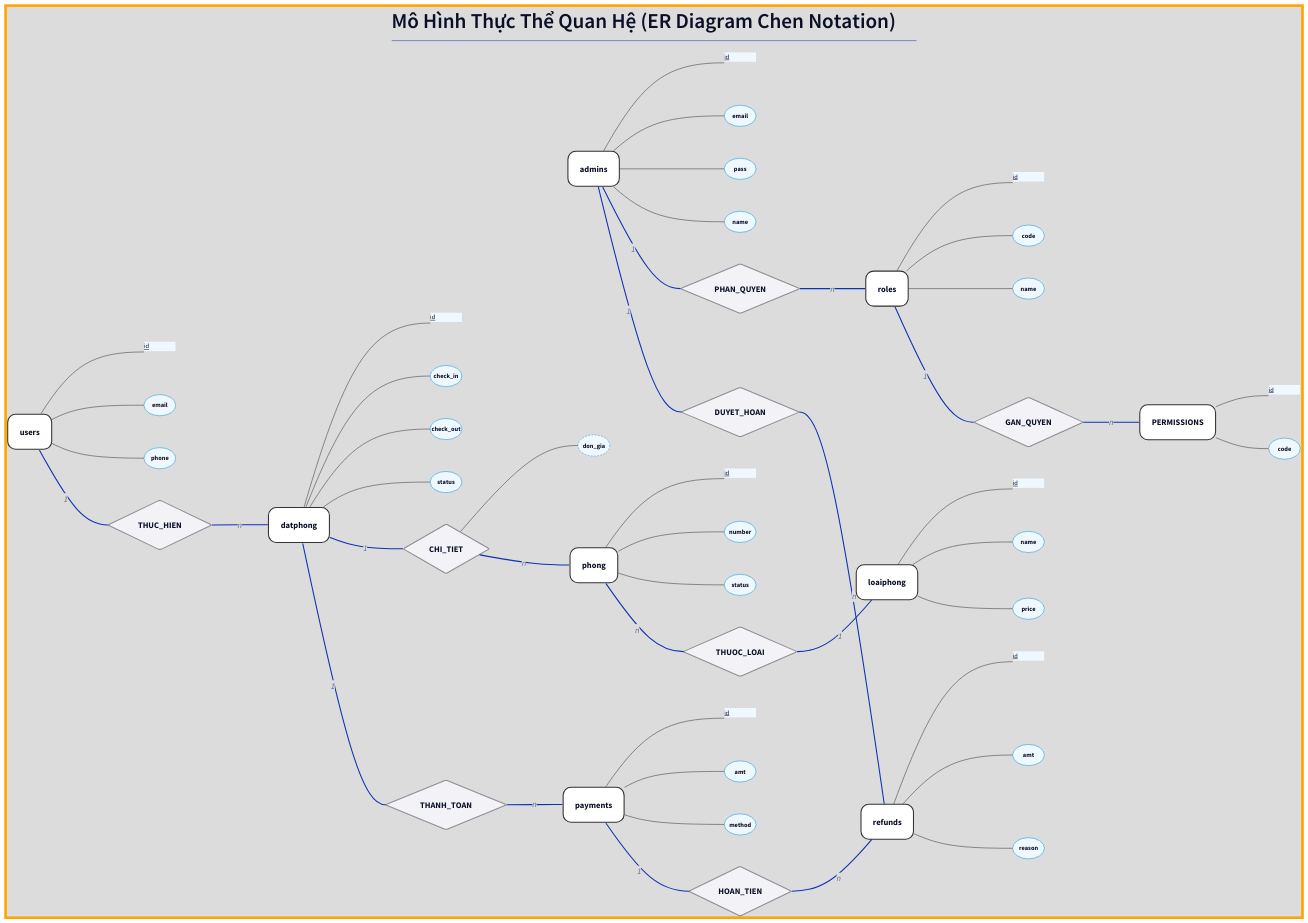
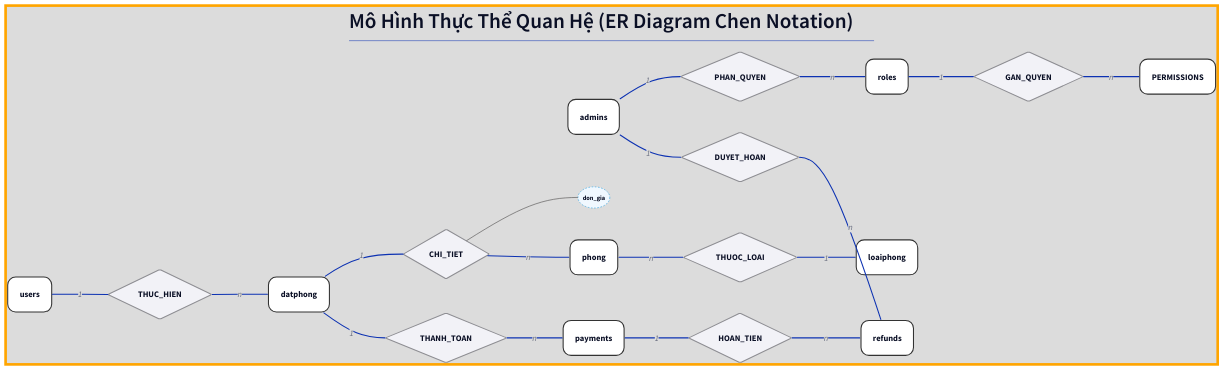
The diagram in report/content/diagrams/er.d2 (sam-uit/ie103-project-report), drawn with D2 before and after one commit.

```diff
--- a/report/content/diagrams/er.d2
+++ b/report/content/diagrams/er.d2
@@ -1,196 +1,196 @@
 # Template: D2
 # Author: Sam Dinh
 # Mục đích: Tạo ER Diagram Chen Notation.
 # Trang nguồn: https://d2lang.com/
 # VSCode extension: Terrastruct.d2
 
 direction: right
 
 # Tiêu đề: căn góc trên-giữa
 title: |md
   # Mô Hình Thực Thể Quan Hệ (ER Diagram Chen Notation)
 | {near: top-center}
 
 title.style: {
   font-size: 20
   # font: "mono"
 }
 
 # --- 0. STYLES ---
 style: {
   # font: "mono"
   fill: "#dcdcdc"
   stroke: "orange"
   stroke-width: 5
 }
 
 # --- 1. CSS STYLES (THEME) ---
 classes: {
   # Thực thể: Chữ nhật bo góc Apple style
   entity: {
     shape: rectangle
     style: {
       border-radius: 15
       stroke-width: 2
       fill: "#FFFFFF"
       stroke: "#333333"
     }
   }
 
   # Thuộc tính: Oval màu xanh nhạt
   attr: {
     shape: oval
     width: 60
     height: 40
     style: {
       fill: "#F0F8FF"
       stroke: "#0d95de"
       stroke-width: 1
       font-size: 12
     }
   }
 
   # Quan hệ: Hình thoi
   rel: {
     shape: diamond
     style: {
       fill: "#F2F2F7"
       stroke: "#8E8E93"
     }
   }
 
   # Đường nối thuộc tính: Màu nhạt
   link_attr: {
     style: {
       stroke: "#3a3838"
       stroke-width: 1
     }
   }
 }
 
 # --- 2. DATA MODEL ---
 
 # === AUTH SYSTEM ===
 admins: {class: entity}
 # Attributes
-admin_id: {class: attr; label: |md <u>id</u> |}
-admin_mail: {class: attr; label: email}
-admin_pass: {class: attr; label: pass}
-admin_name: {class: attr; label: name}
-# Connections
-admins -- admin_id: {class: link_attr}
-admins -- admin_mail: {class: link_attr}
-admins -- admin_pass: {class: link_attr}
-admins -- admin_name: {class: link_attr}
+# admin_id: {class: attr; label: |md <u>id</u> |}
+# admin_mail: {class: attr; label: email}
+# admin_pass: {class: attr; label: pass}
+# admin_name: {class: attr; label: name}
+# # Connections
+# admins -- admin_id: {class: link_attr}
+# admins -- admin_mail: {class: link_attr}
+# admins -- admin_pass: {class: link_attr}
+# admins -- admin_name: {class: link_attr}
 
 roles: {class: entity}
-role_id: {class: attr; label: |md <u>id</u> |}
-role_code: {class: attr; label: code}
-role_name: {class: attr; label: name}
-roles -- role_id: {class: link_attr}
-roles -- role_code: {class: link_attr}
-roles -- role_name: {class: link_attr}
+# role_id: {class: attr; label: |md <u>id</u> |}
+# role_code: {class: attr; label: code}
+# role_name: {class: attr; label: name}
+# roles -- role_id: {class: link_attr}
+# roles -- role_code: {class: link_attr}
+# roles -- role_name: {class: link_attr}
 
 perms: {class: entity; label: PERMISSIONS}
-perm_id: {class: attr; label: |md <u>id</u> |}
-perm_code: {class: attr; label: code}
-perms -- perm_id: {class: link_attr}
-perms -- perm_code: {class: link_attr}
+# perm_id: {class: attr; label: |md <u>id</u> |}
+# perm_code: {class: attr; label: code}
+# perms -- perm_id: {class: link_attr}
+# perms -- perm_code: {class: link_attr}
 
 # === BOOKING SYSTEM ===
 users: {class: entity}
-user_id: {class: attr; label: |md <u>id</u> |}
-user_mail: {class: attr; label: email}
-user_phn: {class: attr; label: phone}
-users -- user_id: {class: link_attr}
-users -- user_mail: {class: link_attr}
-users -- user_phn: {class: link_attr}
+# user_id: {class: attr; label: |md <u>id</u> |}
+# user_mail: {class: attr; label: email}
+# user_phn: {class: attr; label: phone}
+# users -- user_id: {class: link_attr}
+# users -- user_mail: {class: link_attr}
+# users -- user_phn: {class: link_attr}
 
 datphong: {class: entity}
-dp_id: {class: attr; label: |md <u>id</u> |}
-dp_in: {class: attr; label: check_in}
-dp_out: {class: attr; label: check_out}
-dp_stt: {class: attr; label: status}
-datphong -- dp_id: {class: link_attr}
-datphong -- dp_in: {class: link_attr}
-datphong -- dp_out: {class: link_attr}
-datphong -- dp_stt: {class: link_attr}
+# dp_id: {class: attr; label: |md <u>id</u> |}
+# dp_in: {class: attr; label: check_in}
+# dp_out: {class: attr; label: check_out}
+# dp_stt: {class: attr; label: status}
+# datphong -- dp_id: {class: link_attr}
+# datphong -- dp_in: {class: link_attr}
+# datphong -- dp_out: {class: link_attr}
+# datphong -- dp_stt: {class: link_attr}
 
 phong: {class: entity}
-p_id: {class: attr; label: |md <u>id</u> |}
-p_num: {class: attr; label: number}
-p_stt: {class: attr; label: status}
-phong -- p_id: {class: link_attr}
-phong -- p_num: {class: link_attr}
-phong -- p_stt: {class: link_attr}
+# p_id: {class: attr; label: |md <u>id</u> |}
+# p_num: {class: attr; label: number}
+# p_stt: {class: attr; label: status}
+# phong -- p_id: {class: link_attr}
+# phong -- p_num: {class: link_attr}
+# phong -- p_stt: {class: link_attr}
 
 loaiphong: {class: entity}
-lp_id: {class: attr; label: |md <u>id</u> |}
-lp_name: {class: attr; label: name}
-lp_price: {class: attr; label: price}
-loaiphong -- lp_id: {class: link_attr}
-loaiphong -- lp_name: {class: link_attr}
-loaiphong -- lp_price: {class: link_attr}
+# lp_id: {class: attr; label: |md <u>id</u> |}
+# lp_name: {class: attr; label: name}
+# lp_price: {class: attr; label: price}
+# loaiphong -- lp_id: {class: link_attr}
+# loaiphong -- lp_name: {class: link_attr}
+# loaiphong -- lp_price: {class: link_attr}
 
 # === FINANCE SYSTEM ===
 payments: {class: entity}
-pay_id: {class: attr; label: |md <u>id</u> |}
-pay_amt: {class: attr; label: amt}
-pay_mth: {class: attr; label: method}
-payments -- pay_id: {class: link_attr}
-payments -- pay_amt: {class: link_attr}
-payments -- pay_mth: {class: link_attr}
+# pay_id: {class: attr; label: |md <u>id</u> |}
+# pay_amt: {class: attr; label: amt}
+# pay_mth: {class: attr; label: method}
+# payments -- pay_id: {class: link_attr}
+# payments -- pay_amt: {class: link_attr}
+# payments -- pay_mth: {class: link_attr}
 
 refunds: {class: entity}
-rf_id: {class: attr; label: |md <u>id</u> |}
-rf_amt: {class: attr; label: amt}
-rf_rsn: {class: attr; label: reason}
-refunds -- rf_id: {class: link_attr}
-refunds -- rf_amt: {class: link_attr}
-refunds -- rf_rsn: {class: link_attr}
+# rf_id: {class: attr; label: |md <u>id</u> |}
+# rf_amt: {class: attr; label: amt}
+# rf_rsn: {class: attr; label: reason}
+# refunds -- rf_id: {class: link_attr}
+# refunds -- rf_amt: {class: link_attr}
+# refunds -- rf_rsn: {class: link_attr}
 
 # --- 3. RELATIONSHIPS ---
 
 phan_quyen: {class: rel; label: PHAN_QUYEN}
 gan_quyen: {class: rel; label: GAN_QUYEN}
 thuc_hien: {class: rel; label: THUC_HIEN}
 chi_tiet: {class: rel; label: CHI_TIET}
 thuoc_loai: {class: rel; label: THUOC_LOAI}
 thanh_toan: {class: rel; label: THANH_TOAN}
 hoan_tien: {class: rel; label: HOAN_TIEN}
 duyet_hoan: {class: rel; label: DUYET_HOAN}
 
 # Attribute of Relationship
 attr_dongia: {class: attr; label: don_gia; style: {stroke-dash: 3}}
 chi_tiet -- attr_dongia: {class: link_attr}
 
 # --- 4. CONNECTIONS ---
 
 # Admin Flow
 admins -- phan_quyen: 1
 phan_quyen -- roles: n
 
 roles -- gan_quyen: 1
 gan_quyen -- perms: n
 
 # User Flow
 users -- thuc_hien: 1
 thuc_hien -- datphong: n
 
 # Room Flow
 datphong -- chi_tiet: 1
 chi_tiet -- phong: n
 
 phong -- thuoc_loai: n
 thuoc_loai -- loaiphong: 1
 
 # Payment Flow
 datphong -- thanh_toan: 1
 thanh_toan -- payments: n
 
 payments -- hoan_tien: 1
 hoan_tien -- refunds: n
 
 # Approval Flow
 admins -- duyet_hoan: 1
 duyet_hoan -- refunds: n
```
